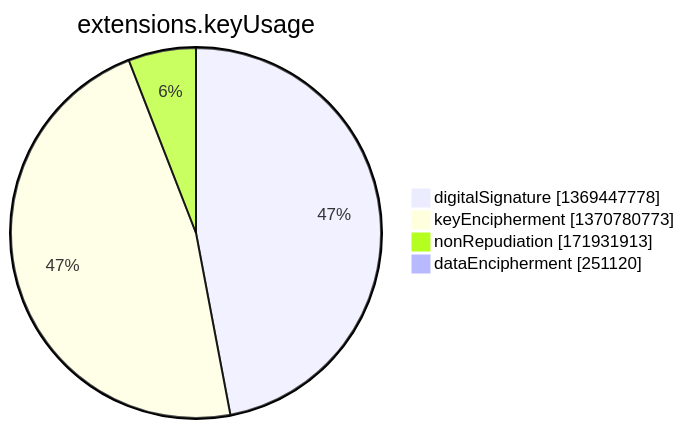
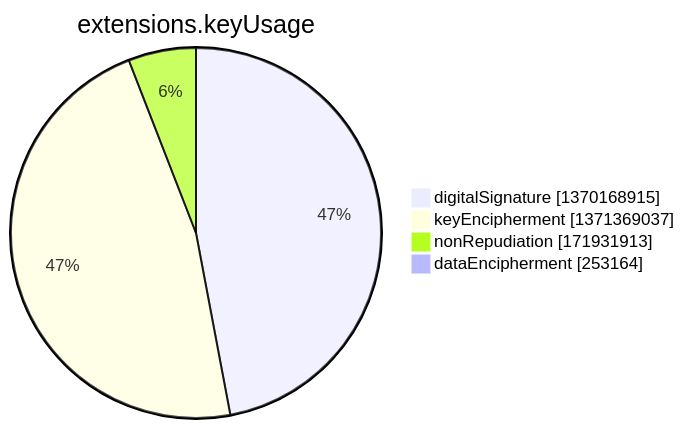
One commit to christiankrug/ctmonitor_visualization changed the seventh of 15 diagrams in argon2022/README.md. Above: the diagram before and after it, drawn with Mermaid. The commit also changed other lines of this file, not shown here.

````diff
--- a/argon2022/README.md
+++ b/argon2022/README.md
@@ -2751,8 +2751,8 @@
 ```mermaid
 pie showData
 title extensions.keyUsage
-"digitalSignature" :1369447778
-"keyEncipherment" :1370780773
+"digitalSignature" :1370168915
+"keyEncipherment" :1371369037
 "nonRepudiation" :171931913
-"dataEncipherment" :251120
+"dataEncipherment" :253164
 ```
````
